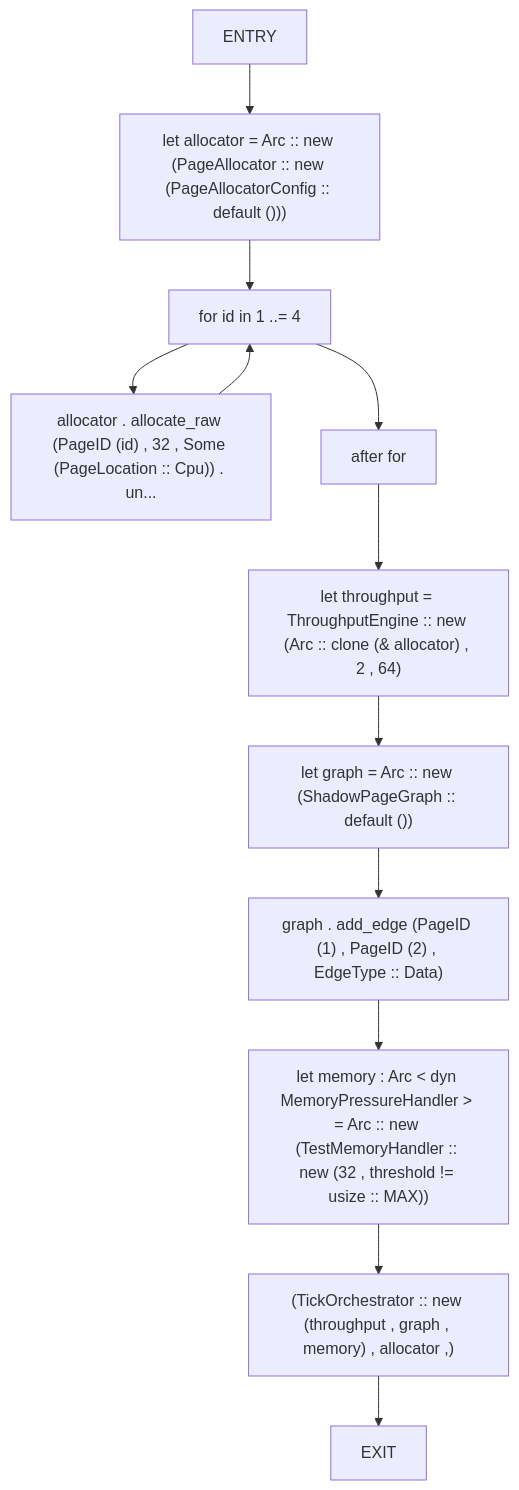
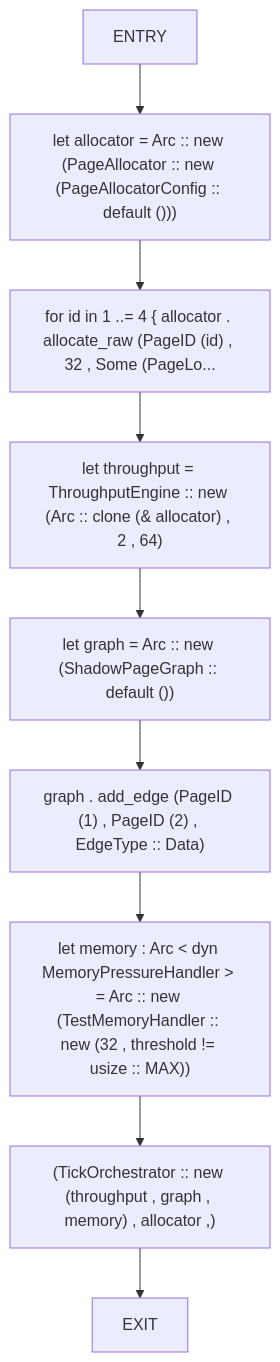
One commit to cicero-violate/MMSB changed the tenth of 20 diagrams in docs/analysis/cfg/040-src-04_propagation.md. Above: the diagram before and after it, drawn with Mermaid. The commit also changed other lines of this file and 865 other files, not shown here.

````diff
--- a/docs/analysis/cfg/040-src-04_propagation.md
+++ b/docs/analysis/cfg/040-src-04_propagation.md
@@ -263,25 +236,20 @@
 ```mermaid
 flowchart TD
     orchestrator_0["ENTRY"]
     orchestrator_1["let allocator = Arc :: new (PageAllocator :: new (PageAllocatorConfig :: default ()))"]
-    orchestrator_2["for id in 1 ..= 4"]
-    orchestrator_3["allocator . allocate_raw (PageID (id) , 32 , Some (PageLocation :: Cpu)) . un..."]
-    orchestrator_4["after for"]
-    orchestrator_5["let throughput = ThroughputEngine :: new (Arc :: clone (& allocator) , 2 , 64)"]
-    orchestrator_6["let graph = Arc :: new (ShadowPageGraph :: default ())"]
-    orchestrator_7["graph . add_edge (PageID (1) , PageID (2) , EdgeType :: Data)"]
-    orchestrator_8["let memory : Arc < dyn MemoryPressureHandler > = Arc :: new (TestMemoryHandler :: new (32 , threshold != usize :: MAX))"]
-    orchestrator_9["(TickOrchestrator :: new (throughput , graph , memory) , allocator ,)"]
-    orchestrator_10["EXIT"]
+    orchestrator_2["for id in 1 ..= 4 { allocator . allocate_raw (PageID (id) , 32 , Some (PageLo..."]
+    orchestrator_3["let throughput = ThroughputEngine :: new (Arc :: clone (& allocator) , 2 , 64)"]
+    orchestrator_4["let graph = Arc :: new (ShadowPageGraph :: default ())"]
+    orchestrator_5["graph . add_edge (PageID (1) , PageID (2) , EdgeType :: Data)"]
+    orchestrator_6["let memory : Arc < dyn MemoryPressureHandler > = Arc :: new (TestMemoryHandler :: new (32 , threshold != usize :: MAX))"]
+    orchestrator_7["(TickOrchestrator :: new (throughput , graph , memory) , allocator ,)"]
+    orchestrator_8["EXIT"]
     orchestrator_0 --> orchestrator_1
     orchestrator_1 --> orchestrator_2
     orchestrator_2 --> orchestrator_3
-    orchestrator_3 --> orchestrator_2
-    orchestrator_2 --> orchestrator_4
+    orchestrator_3 --> orchestrator_4
     orchestrator_4 --> orchestrator_5
     orchestrator_5 --> orchestrator_6
     orchestrator_6 --> orchestrator_7
     orchestrator_7 --> orchestrator_8
-    orchestrator_8 --> orchestrator_9
-    orchestrator_9 --> orchestrator_10
 ```
````
